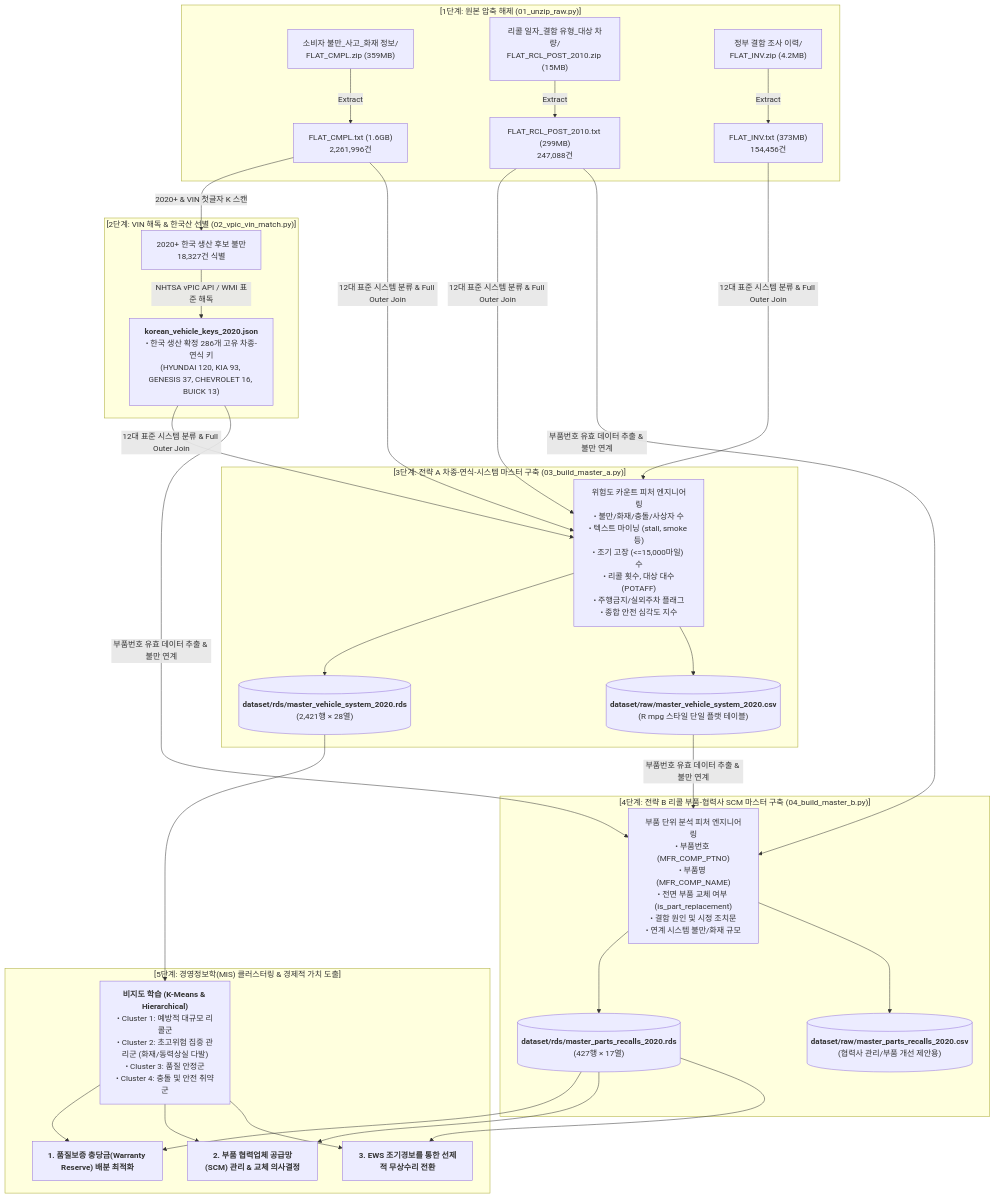
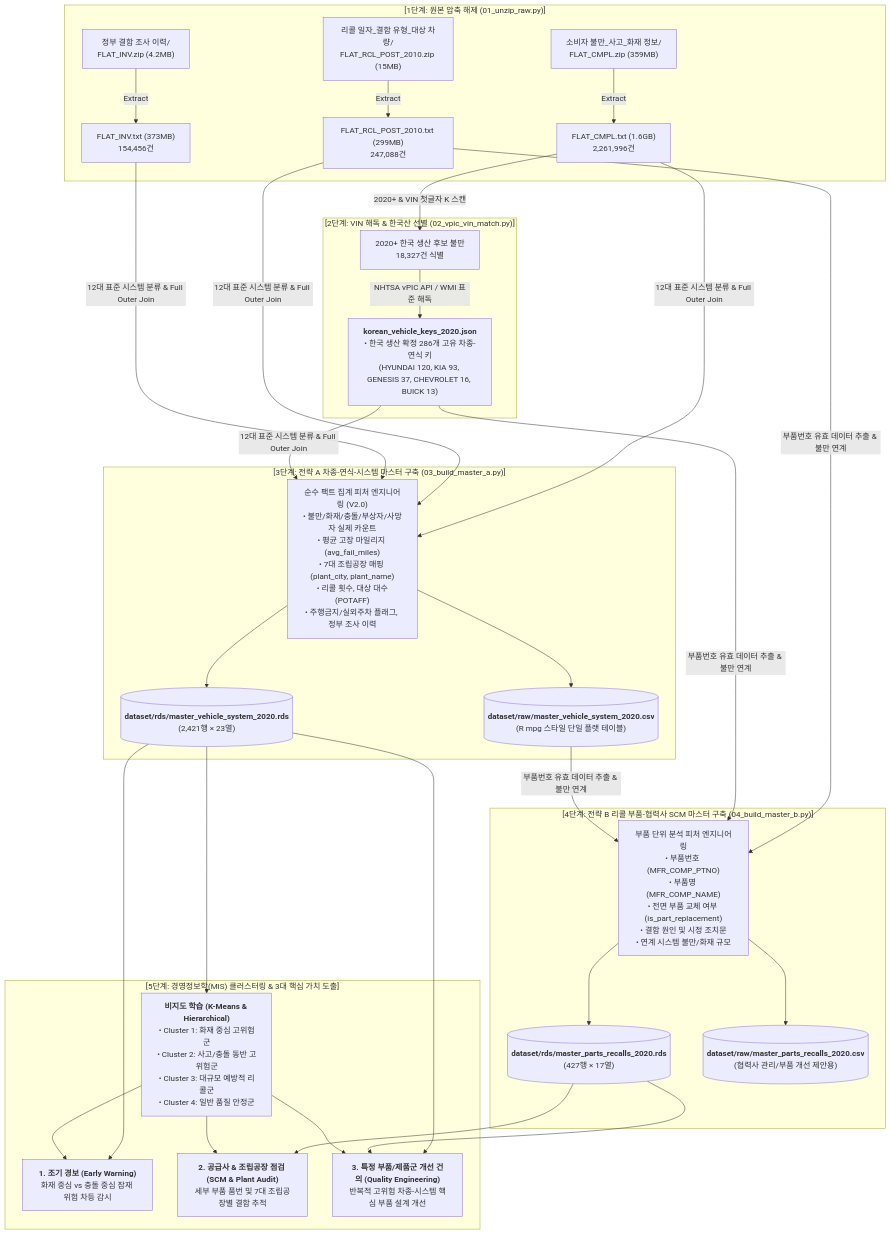
One commit to KGU-kmsb07/NHTSA-VIN-BIAproj changed the diagram in README.md. Above: the diagram before and after it, drawn with Mermaid. The commit also changed other lines of this file and 5 other files, not shown here.

````diff
--- a/README.md
+++ b/README.md
@@ -13,32 +14,32 @@
 ```mermaid
 flowchart TD
     subgraph S1["[1단계: 원본 압축 해제 (01_unzip_raw.py)]"]
         Z1["소비자 불만_사고_화재 정보/<br>FLAT_CMPL.zip (359MB)"] -->|Extract| T1["FLAT_CMPL.txt (1.6GB)<br>2,261,996건"]
         Z2["리콜 일자_결함 유형_대상 차량/<br>FLAT_RCL_POST_2010.zip (15MB)"] -->|Extract| T2["FLAT_RCL_POST_2010.txt (299MB)<br>247,088건"]
         Z3["정부 결함 조사 이력/<br>FLAT_INV.zip (4.2MB)"] -->|Extract| T3["FLAT_INV.txt (373MB)<br>154,456건"]
     end
 
     subgraph S2["[2단계: VIN 해독 & 한국산 선별 (02_vpic_vin_match.py)]"]
         T1 -->|2020+ & VIN 첫글자 K 스캔| V1["2020+ 한국 생산 후보 불만<br>18,327건 식별"]
         V1 -->|NHTSA vPIC API / WMI 표준 해독| KOR_KEYS["<b>korean_vehicle_keys_2020.json</b><br>• 한국 생산 확정 286개 고유 차종-연식 키<br>(HYUNDAI 120, KIA 93, GENESIS 37, CHEVROLET 16, BUICK 13)"]
     end
 
     subgraph S3["[3단계: 전략 A 차종-연식-시스템 마스터 구축 (03_build_master_a.py)]"]
-        T1 & T2 & T3 & KOR_KEYS -->|12대 표준 시스템 분류 & Full Outer Join| JOIN_A["위험도 카운트 피처 엔지니어링<br>• 불만/화재/충돌/사상자 수<br>• 텍스트 마이닝 (stall, smoke 등)<br>• 조기 고장 (<=15,000마일) 수<br>• 리콜 횟수, 대상 대수(POTAFF)<br>• 주행금지/실외주차 플래그<br>• 종합 안전 심각도 지수"]
-        JOIN_A --> OUT_A1[("<b>dataset/rds/master_vehicle_system_2020.rds</b><br>(2,421행 × 28열)")]
+        T1 & T2 & T3 & KOR_KEYS -->|12대 표준 시스템 분류 & Full Outer Join| JOIN_A["순수 팩트 집계 피처 엔지니어링 (V2.0)<br>• 불만/화재/충돌/부상자/사망자 실제 카운트<br>• 평균 고장 마일리지 (avg_fail_miles)<br>• 7대 조립공장 매핑 (plant_city, plant_name)<br>• 리콜 횟수, 대상 대수(POTAFF)<br>• 주행금지/실외주차 플래그, 정부 조사 이력"]
+        JOIN_A --> OUT_A1[("<b>dataset/rds/master_vehicle_system_2020.rds</b><br>(2,421행 × 23열)")]
         JOIN_A --> OUT_A2[("<b>dataset/raw/master_vehicle_system_2020.csv</b><br>(R mpg 스타일 단일 플랫 테이블)")]
     end
 
     subgraph S4["[4단계: 전략 B 리콜 부품-협력사 SCM 마스터 구축 (04_build_master_b.py)]"]
         T2 & KOR_KEYS & OUT_A2 -->|부품번호 유효 데이터 추출 & 불만 연계| JOIN_B["부품 단위 분석 피처 엔지니어링<br>• 부품번호 (MFR_COMP_PTNO)<br>• 부품명 (MFR_COMP_NAME)<br>• 전면 부품 교체 여부 (is_part_replacement)<br>• 결함 원인 및 시정 조치문<br>• 연계 시스템 불만/화재 규모"]
         JOIN_B --> OUT_B1[("<b>dataset/rds/master_parts_recalls_2020.rds</b><br>(427행 × 17열)")]
         JOIN_B --> OUT_B2[("<b>dataset/raw/master_parts_recalls_2020.csv</b><br>(협력사 관리/부품 개선 제안용)")]
     end
 
-    subgraph S5["[5단계: 경영정보학(MIS) 클러스터링 & 경제적 가치 도출]"]
-        OUT_A1 --> CLUST["<b>비지도 학습 (K-Means & Hierarchical)</b><br>• Cluster 1: 예방적 대규모 리콜군<br>• Cluster 2: 초고위험 집중 관리군 (화재/동력상실 다발)<br>• Cluster 3: 품질 안정군<br>• Cluster 4: 충돌 및 안전 취약군"]
-        OUT_B1 & CLUST --> VAL1["<b>1. 품질보증 충당금(Warranty Reserve) 배분 최적화</b>"]
-        OUT_B1 & CLUST --> VAL2["<b>2. 부품 협력업체 공급망(SCM) 관리 & 교체 의사결정</b>"]
-        OUT_B1 & CLUST --> VAL3["<b>3. EWS 조기경보를 통한 선제적 무상수리 전환</b>"]
+    subgraph S5["[5단계: 경영정보학(MIS) 클러스터링 & 3대 핵심 가치 도출]"]
+        OUT_A1 --> CLUST["<b>비지도 학습 (K-Means & Hierarchical)</b><br>• Cluster 1: 화재 중심 고위험군<br>• Cluster 2: 사고/충돌 동반 고위험군<br>• Cluster 3: 대규모 예방적 리콜군<br>• Cluster 4: 일반 품질 안정군"]
+        OUT_A1 & CLUST --> VAL1["<b>1. 조기 경보 (Early Warning)</b><br>화재 중심 vs 충돌 중심 잠재 위험 차등 감시"]
+        OUT_B1 & CLUST --> VAL2["<b>2. 공급사 & 조립공장 점검 (SCM & Plant Audit)</b><br>세부 부품 품번 및 7대 조립공장별 결함 추적"]
+        OUT_A1 & OUT_B1 & CLUST --> VAL3["<b>3. 특정 부품/제품군 개선 건의 (Quality Engineering)</b><br>반복적 고위험 차종-시스템 핵심 부품 설계 개선"]
     end
 ```
````
